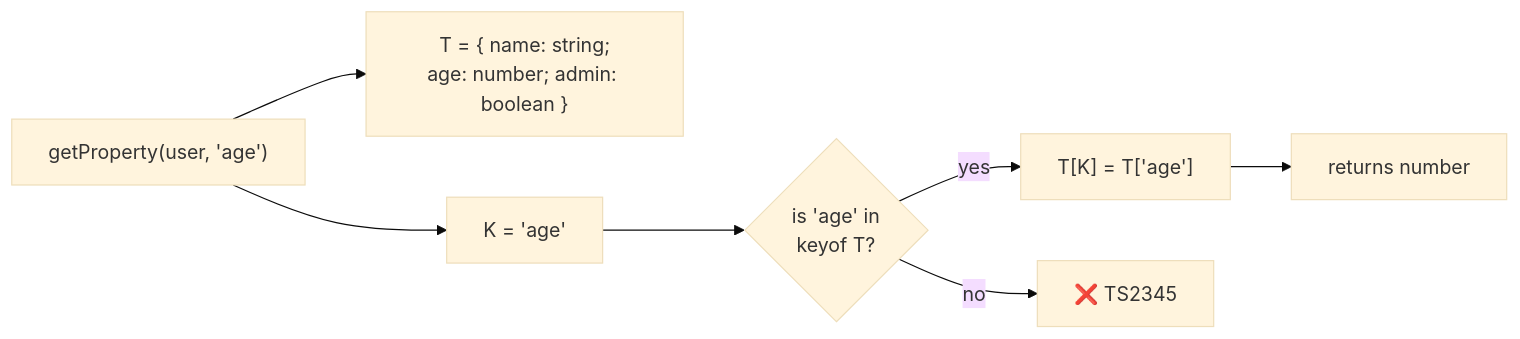
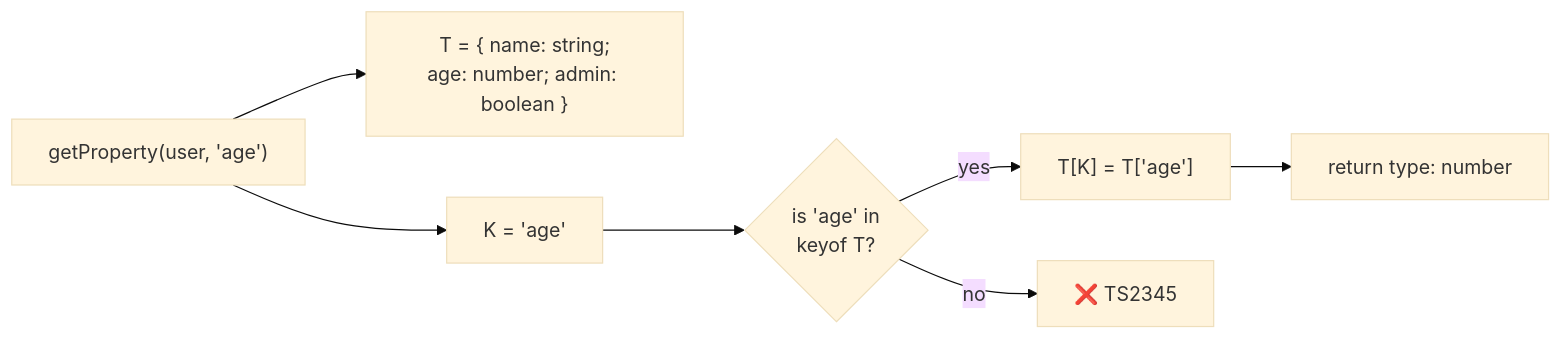
The first of 2 diagrams in playground/07-generics/lesson__keyof-lookup.md (cheer-cho/LearningCourse--TypeScript--build-by-Claude-Code), drawn with Mermaid (base theme) before and after one commit. The commit also changed other lines of this file and 3 other files, not shown here.

````diff
--- a/playground/07-generics/lesson__keyof-lookup.md
+++ b/playground/07-generics/lesson__keyof-lookup.md
@@ -23,9 +23,9 @@
 ```mermaid
 flowchart LR
     Call["getProperty(user, 'age')"] --> T["T = { name: string;<br/>age: number; admin: boolean }"]
     Call --> K["K = 'age'"]
     K --> Check{"is 'age' in<br/>keyof T?"}
     Check -- "yes" --> Look["T[K] = T['age']"]
     Check -- "no" --> Err["❌ TS2345"]
-    Look --> Ret["returns number"]
+    Look --> Ret["return type: number"]
 ```
````
